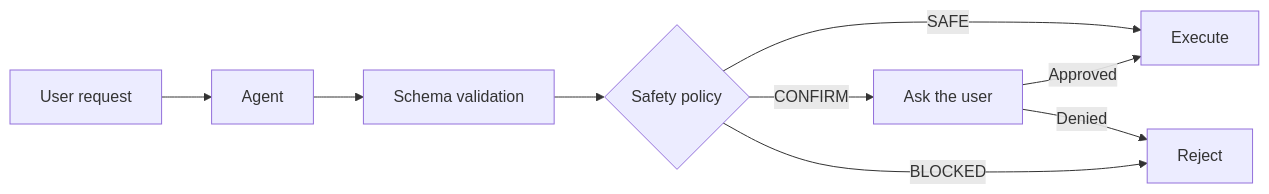
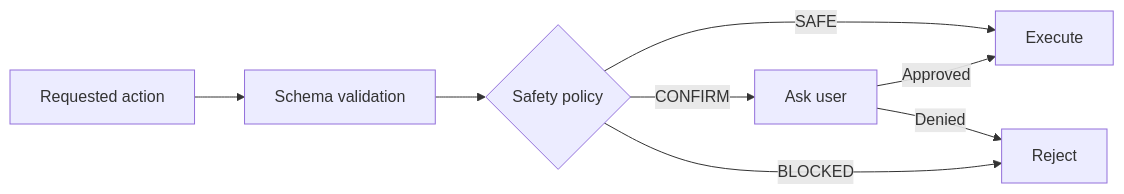
Before and after one commit to ashkanWaisi/shamaran: the second of 2 diagrams in README.md, drawn with Mermaid. The commit also changed other lines of this file and 13 other files, not shown here.

````diff
--- a/README.md
+++ b/README.md
@@ -170,11 +240,10 @@
 ```mermaid
 flowchart LR
-    R[User request] --> A[Agent]
-    A --> V[Schema validation]
-    V --> P{Safety policy}
-    P -->|SAFE| E[Execute]
-    P -->|CONFIRM| H[Ask the user]
-    P -->|BLOCKED| B[Reject]
+    R["Requested action"] --> V["Schema validation"]
+    V --> P{"Safety policy"}
+    P -->|SAFE| E["Execute"]
+    P -->|CONFIRM| H["Ask user"]
+    P -->|BLOCKED| B["Reject"]
     H -->|Approved| E
     H -->|Denied| B
 ```
````
